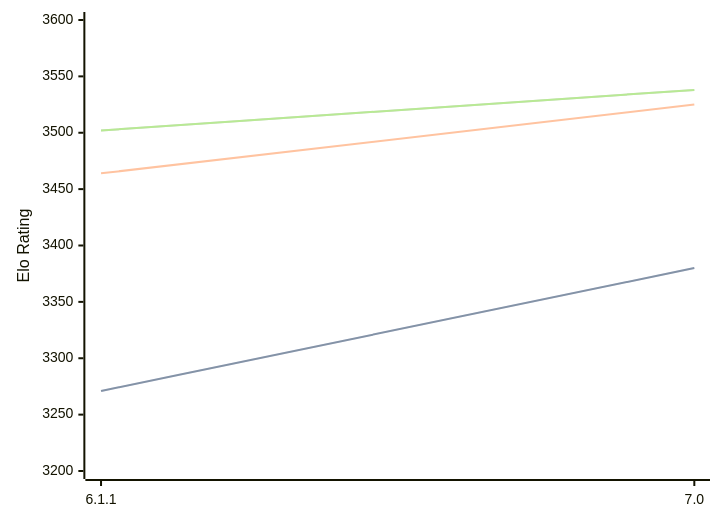
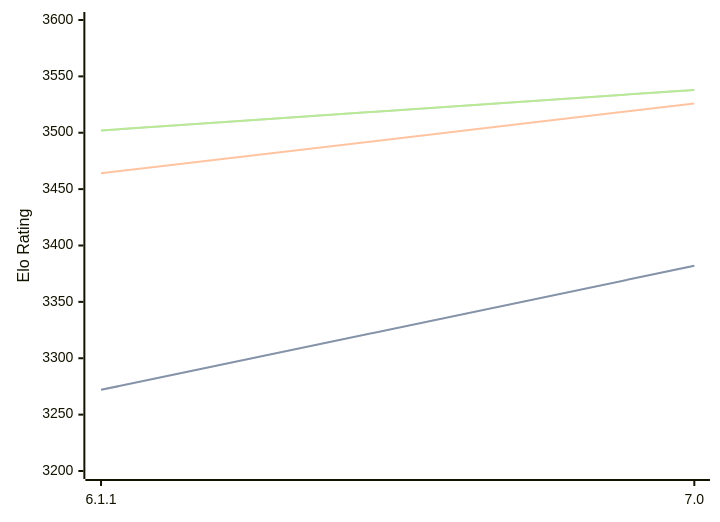
One commit to computer-chess-index/cci changed the diagram in engines/Astra.md. Above: the diagram before and after it, drawn with Mermaid. The commit also changed other lines of this file, not shown here.

````diff
--- a/engines/Astra.md
+++ b/engines/Astra.md
@@ -32,11 +32,11 @@
 ```mermaid
 %%{init: {"theme":"base","themeVariables":{"seriesColors:['#a3a3a3','#222221','#faa371']}}}%%
 xychart-beta
   x-axis ["6.1.1", "7.0"]
   y-axis "Elo Rating" 3200 --> 3600
-  line "STC (8.0+0.08s)" [3271, 3380]
-  line "STC (8.0+0.08s)" [3271, 3380]
-  line "LTC (60.0+0.60s)" [3464, 3525]
+  line "STC (8.0+0.08s)" [3272, 3382]
+  line "STC (8.0+0.08s)" [3272, 3382]
+  line "LTC (60.0+0.60s)" [3464, 3526]
   line "VLTC (2m24s+1.12s)" [3502, 3538]
   line "VLTC (2m24s+1.12s)" [3502, 3538]
 ```
````
